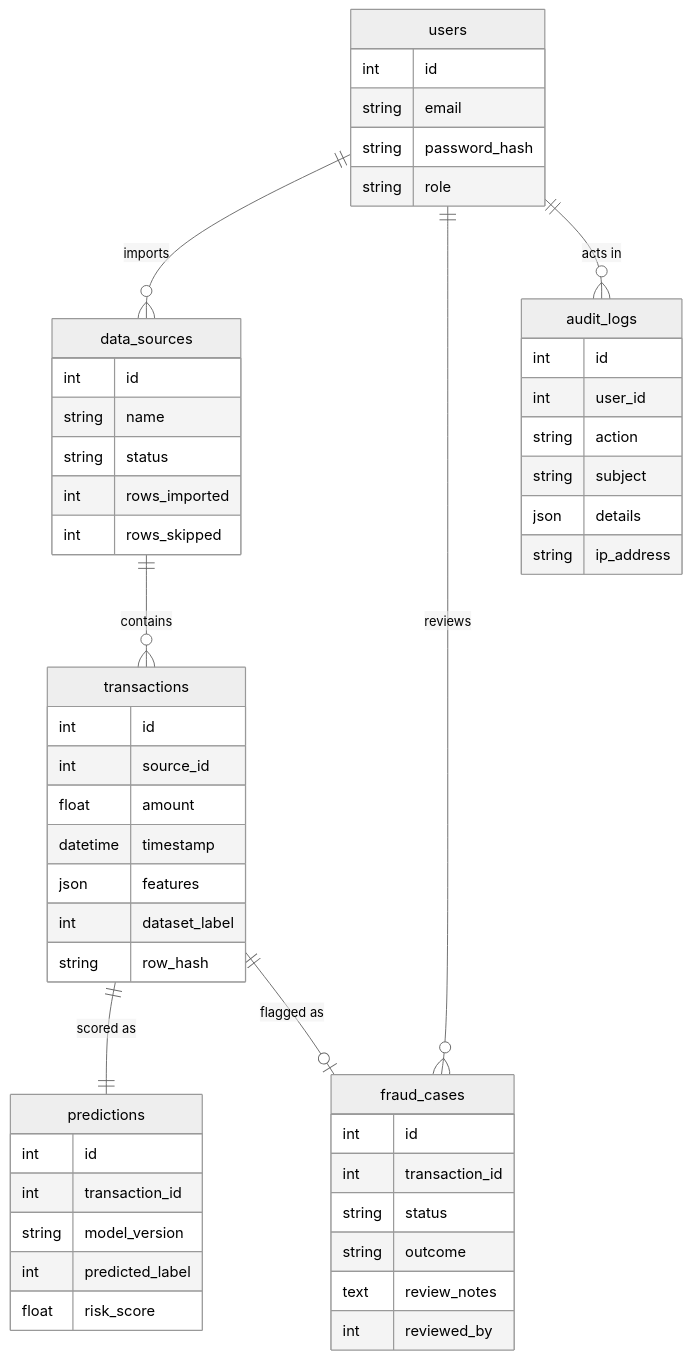
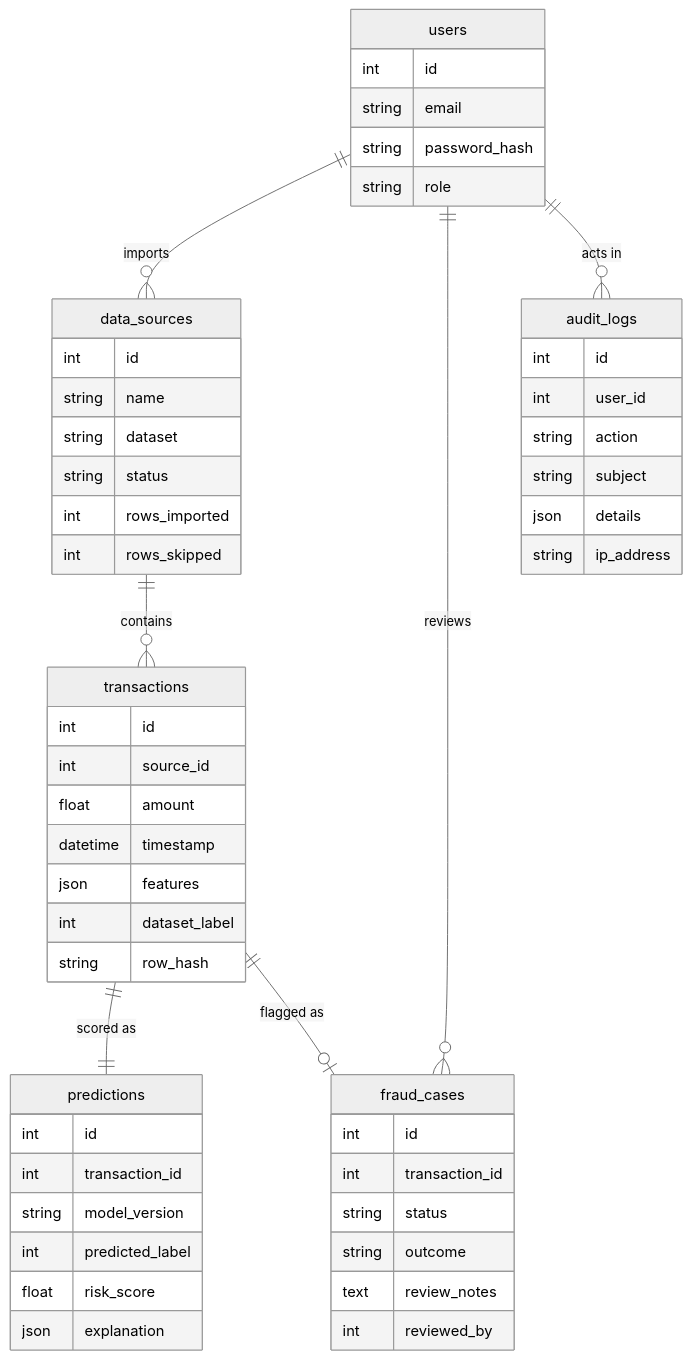
The third of 3 diagrams in docs/ARCHITECTURE.md (Im-manojkumar/Secure-Bank), drawn with Mermaid (neutral theme) before and after one commit. The commit also changed other lines of this file and 53 other files, not shown here.

````diff
--- a/docs/ARCHITECTURE.md
+++ b/docs/ARCHITECTURE.md
@@ -64,55 +65,57 @@
 ```mermaid
 erDiagram
     users ||--o{ data_sources : imports
     users ||--o{ fraud_cases : reviews
     users ||--o{ audit_logs : "acts in"
     data_sources ||--o{ transactions : contains
     transactions ||--|| predictions : "scored as"
     transactions ||--o| fraud_cases : "flagged as"
 
     users {
         int id
         string email
         string password_hash
         string role
     }
     data_sources {
         int id
         string name
+        string dataset
         string status
         int rows_imported
         int rows_skipped
     }
     transactions {
         int id
         int source_id
         float amount
         datetime timestamp
         json features
         int dataset_label
         string row_hash
     }
     predictions {
         int id
         int transaction_id
         string model_version
         int predicted_label
         float risk_score
+        json explanation
     }
     fraud_cases {
         int id
         int transaction_id
         string status
         string outcome
         text review_notes
         int reviewed_by
     }
     audit_logs {
         int id
         int user_id
         string action
         string subject
         json details
         string ip_address
     }
 ```
````
